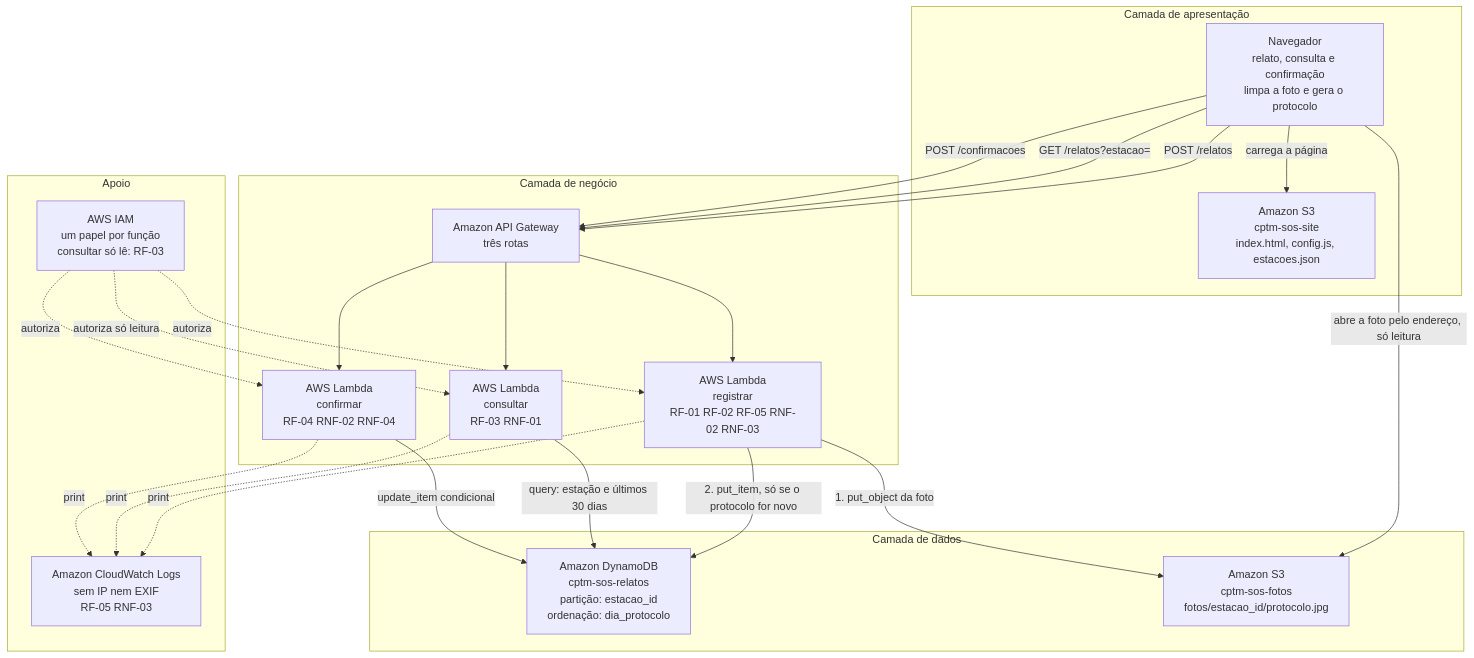
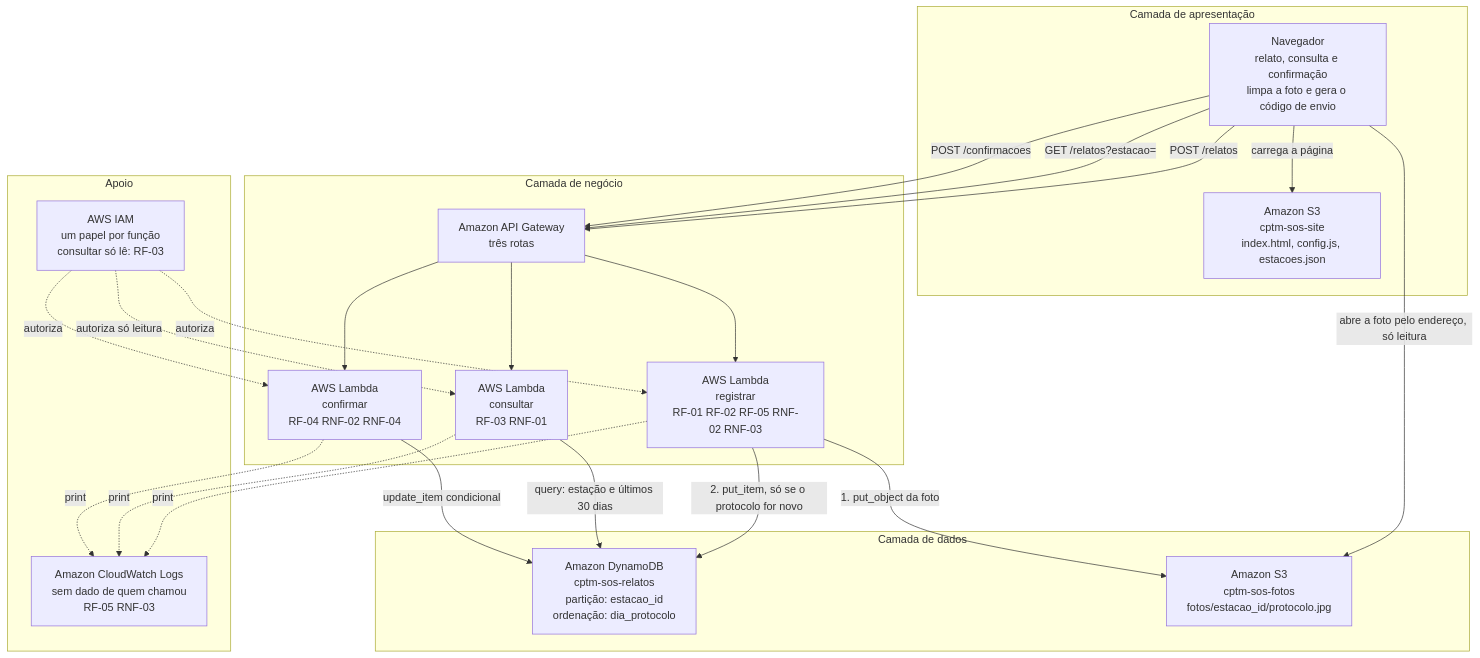
The diagram in docs/diagrama.md (dantas6773/cptm-sos-nuvem), drawn with Mermaid before and after one commit. The commit also changed 2 other files, not shown here.

Commit message:
docs: revisão da arquitetura antes da validação
O protocolo passa a ser derivado do código de envio, e a função confere
se ele já existe antes de gravar a foto: sem isso, quem lesse um
protocolo na consulta poderia trocar a foto de um relato alheio.
O RNF-04 fica com uma qualidade só, o registro de recusa deixa de
guardar o valor recusado, e o documento passa a dizer onde o RNF-03 e
o RNF-04 mudam os critérios da Sprint 1.

````diff
--- a/docs/diagrama.md
+++ b/docs/diagrama.md
@@ -7,47 +7,47 @@
 ```mermaid
 flowchart TB
     subgraph apresentacao["Camada de apresentação"]
-        nav["Navegador<br/>relato, consulta e confirmação<br/>limpa a foto e gera o protocolo"]
+        nav["Navegador<br/>relato, consulta e confirmação<br/>limpa a foto e gera o código de envio"]
         site["Amazon S3<br/>cptm-sos-site<br/>index.html, config.js, estacoes.json"]
     end
 
     subgraph negocio["Camada de negócio"]
         api["Amazon API Gateway<br/>três rotas"]
         registrar["AWS Lambda<br/>registrar<br/>RF-01 RF-02 RF-05 RNF-02 RNF-03"]
         consultar["AWS Lambda<br/>consultar<br/>RF-03 RNF-01"]
         confirmar["AWS Lambda<br/>confirmar<br/>RF-04 RNF-02 RNF-04"]
     end
 
     subgraph dados["Camada de dados"]
         tabela["Amazon DynamoDB<br/>cptm-sos-relatos<br/>partição: estacao_id<br/>ordenação: dia_protocolo"]
         fotos["Amazon S3<br/>cptm-sos-fotos<br/>fotos/estacao_id/protocolo.jpg"]
     end
 
     subgraph apoio["Apoio"]
         iam["AWS IAM<br/>um papel por função<br/>consultar só lê: RF-03"]
-        logs["Amazon CloudWatch Logs<br/>sem IP nem EXIF<br/>RF-05 RNF-03"]
+        logs["Amazon CloudWatch Logs<br/>sem dado de quem chamou<br/>RF-05 RNF-03"]
     end
 
     nav -->|"carrega a página"| site
     nav -->|"POST /relatos"| api
     nav -->|"GET /relatos?estacao="| api
     nav -->|"POST /confirmacoes"| api
     nav -->|"abre a foto pelo endereço, só leitura"| fotos
 
     api --> registrar
     api --> consultar
     api --> confirmar
 
     registrar -->|"1. put_object da foto"| fotos
     registrar -->|"2. put_item, só se o protocolo for novo"| tabela
     consultar -->|"query: estação e últimos 30 dias"| tabela
     confirmar -->|"update_item condicional"| tabela
 
     iam -.->|"autoriza"| registrar
     iam -.->|"autoriza só leitura"| consultar
     iam -.->|"autoriza"| confirmar
 
     registrar -.->|"print"| logs
     consultar -.->|"print"| logs
     confirmar -.->|"print"| logs
 ```
````
